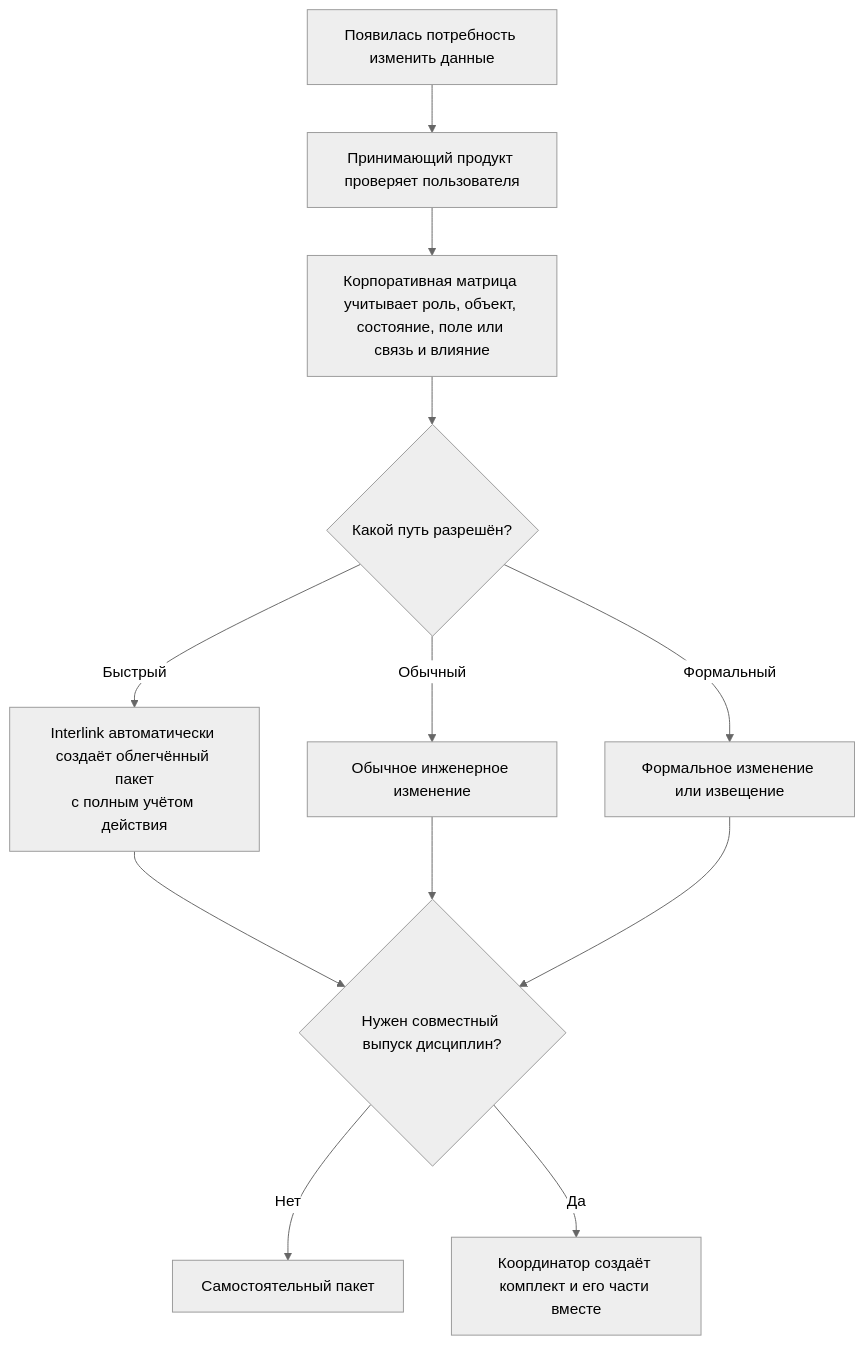
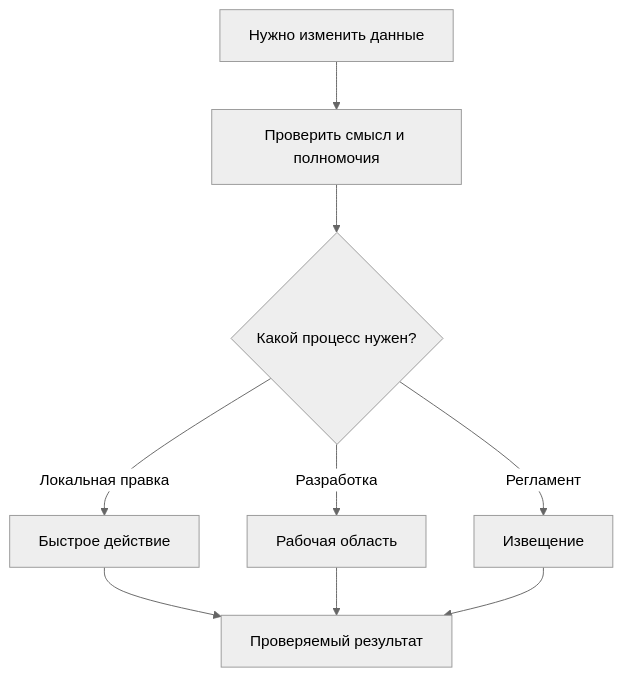
One commit to ZelAnton/Interlink-product-book changed the first of 2 diagrams in wiki/Change-package-variants.md. Above: the diagram before and after it, drawn with Mermaid (neutral theme). The commit also changed other lines of this file and 231 other files, not shown here.

````diff
--- a/wiki/Change-package-variants.md
+++ b/wiki/Change-package-variants.md
@@ -33,14 +17,11 @@
 ```mermaid
 flowchart TD
-    A["Появилась потребность изменить данные"] --> B["Принимающий продукт проверяет пользователя"]
-    B --> C["Корпоративная матрица учитывает роль, объект, состояние, поле или связь и влияние"]
-    C --> D{"Какой путь разрешён?"}
-    D -->|"Быстрый"| E["Interlink автоматически создаёт облегчённый пакет<br/>с полным учётом действия"]
-    D -->|"Обычный"| F["Обычное инженерное изменение"]
-    D -->|"Формальный"| G["Формальное изменение или извещение"]
-    E --> H{"Нужен совместный выпуск дисциплин?"}
-    F --> H
-    G --> H
-    H -->|"Нет"| I["Самостоятельный пакет"]
-    H -->|"Да"| J["Координатор создаёт комплект и его части вместе"]
+    A["Нужно изменить данные"] --> B["Проверить смысл и полномочия"]
+    B --> C{"Какой процесс нужен?"}
+    C -->|"Локальная правка"| D["Быстрое действие"]
+    C -->|"Разработка"| E["Рабочая область"]
+    C -->|"Регламент"| F["Извещение"]
+    D --> G["Проверяемый результат"]
+    E --> G
+    F --> G
 ```
````
